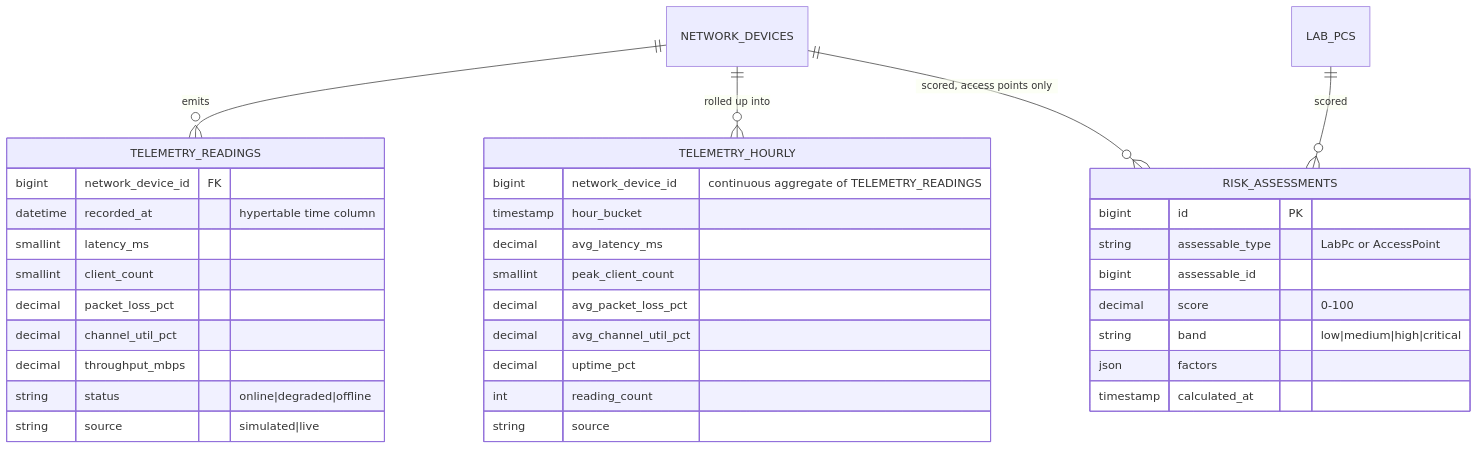
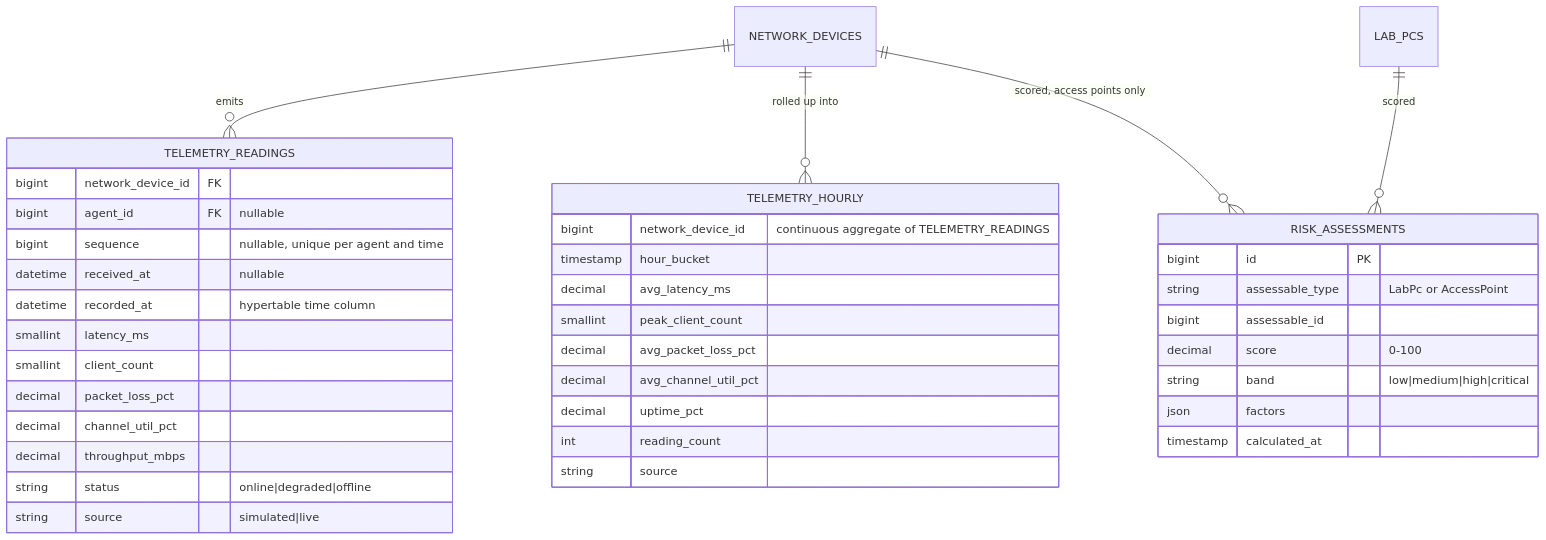
One commit to phone292025/atlas-netcare changed the third of 3 diagrams in docs/04-database.md. Above: the diagram before and after it, drawn with Mermaid. The commit also changed other lines of this file and 25 other files, not shown here.

````diff
--- a/docs/04-database.md
+++ b/docs/04-database.md
@@ -273,39 +274,42 @@
 ```mermaid
 erDiagram
     NETWORK_DEVICES ||--o{ TELEMETRY_READINGS : emits
     NETWORK_DEVICES ||--o{ TELEMETRY_HOURLY : "rolled up into"
     NETWORK_DEVICES ||--o{ RISK_ASSESSMENTS : "scored, access points only"
     LAB_PCS ||--o{ RISK_ASSESSMENTS : scored
 
     TELEMETRY_READINGS {
         bigint network_device_id FK
+        bigint agent_id FK "nullable"
+        bigint sequence "nullable, unique per agent and time"
+        datetime received_at "nullable"
         datetime recorded_at "hypertable time column"
         smallint latency_ms
         smallint client_count
         decimal packet_loss_pct
         decimal channel_util_pct
         decimal throughput_mbps
         string status "online|degraded|offline"
         string source "simulated|live"
     }
     TELEMETRY_HOURLY {
         bigint network_device_id "continuous aggregate of TELEMETRY_READINGS"
         timestamp hour_bucket
         decimal avg_latency_ms
         smallint peak_client_count
         decimal avg_packet_loss_pct
         decimal avg_channel_util_pct
         decimal uptime_pct
         int reading_count
         string source
     }
     RISK_ASSESSMENTS {
         bigint id PK
         string assessable_type "LabPc or AccessPoint"
         bigint assessable_id
         decimal score "0-100"
         string band "low|medium|high|critical"
         json factors
         timestamp calculated_at
     }
 ```
````
